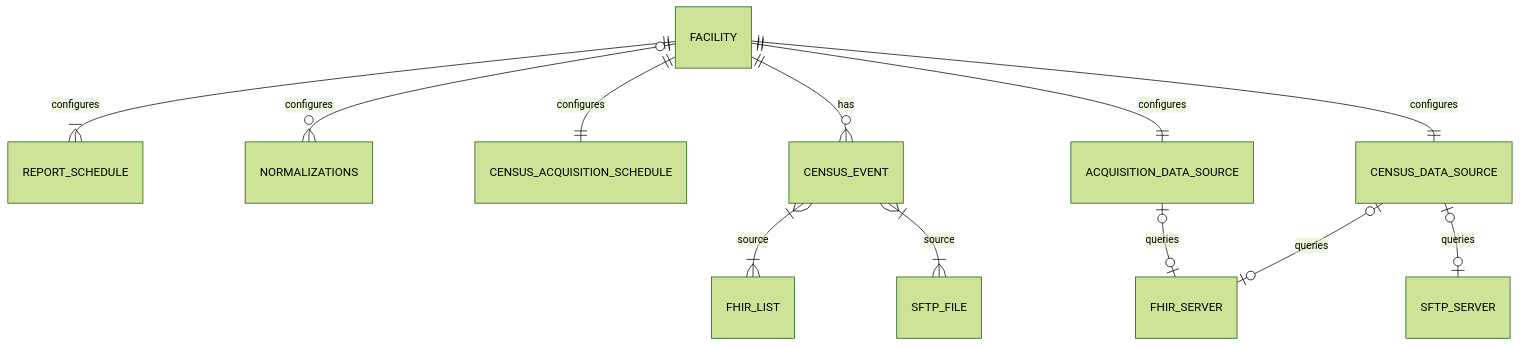
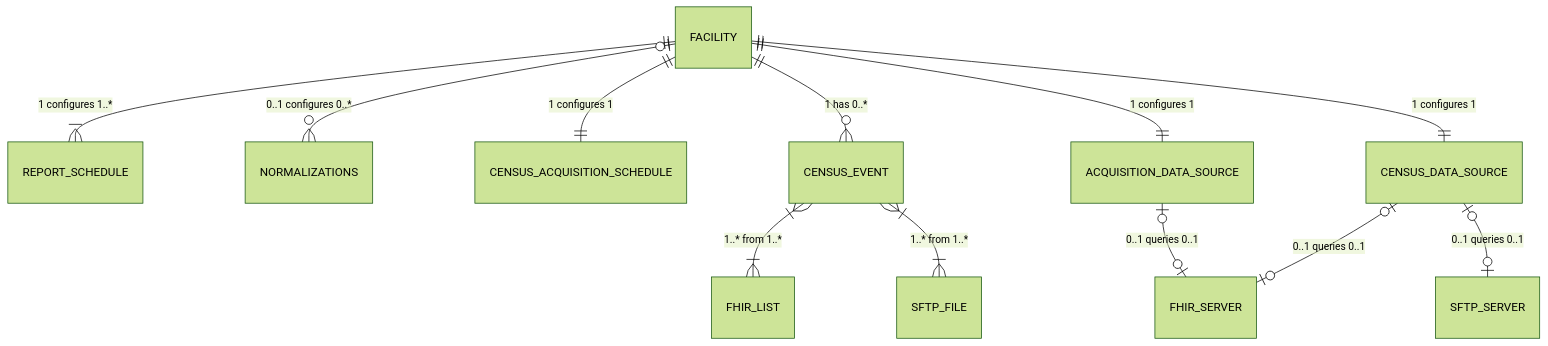
Before and after one commit to lantanagroup/link-cloud: the first of 9 diagrams in docs/docs/proposals/tenant-multi-facility-proposal.mdx, drawn with Mermaid (forest theme). The commit also changed other lines of this file, not shown here.

Commit message:
Updated ERD relationship labels

````diff
--- a/docs/docs/proposals/tenant-multi-facility-proposal.mdx
+++ b/docs/docs/proposals/tenant-multi-facility-proposal.mdx
@@ -16,14 +16,14 @@
 ```mermaid
 erDiagram
-	FACILITY||--|{REPORT_SCHEDULE:"configures"
-	FACILITY|o--o{NORMALIZATIONS:"configures"
-	FACILITY||--||CENSUS_ACQUISITION_SCHEDULE:"configures"
-	FACILITY||--o{CENSUS_EVENT:"has"
-	FACILITY||--||ACQUISITION_DATA_SOURCE:"configures"
-	CENSUS_EVENT}|--|{FHIR_LIST:"source"
-	CENSUS_EVENT}|--|{SFTP_FILE:"source"
-	FACILITY||--||CENSUS_DATA_SOURCE:"configures"
-	CENSUS_DATA_SOURCE|o--o|FHIR_SERVER:"queries"
-	CENSUS_DATA_SOURCE|o--o|SFTP_SERVER:"queries"
-	ACQUISITION_DATA_SOURCE|o--o|FHIR_SERVER:"queries"
+	FACILITY||--|{REPORT_SCHEDULE:"1 configures 1..*"
+	FACILITY|o--o{NORMALIZATIONS:"0..1 configures 0..*"
+	FACILITY||--||CENSUS_ACQUISITION_SCHEDULE:"1 configures 1"
+	FACILITY||--o{CENSUS_EVENT:"1 has 0..*"
+	FACILITY||--||ACQUISITION_DATA_SOURCE:"1 configures 1"
+	CENSUS_EVENT}|--|{FHIR_LIST:"1..* from 1..*"
+	CENSUS_EVENT}|--|{SFTP_FILE:"1..* from 1..*"
+	FACILITY||--||CENSUS_DATA_SOURCE:"1 configures 1"
+	CENSUS_DATA_SOURCE|o--o|FHIR_SERVER:"0..1 queries 0..1"
+	CENSUS_DATA_SOURCE|o--o|SFTP_SERVER:"0..1 queries 0..1"
+	ACQUISITION_DATA_SOURCE|o--o|FHIR_SERVER:"0..1 queries 0..1"
 ```
````
